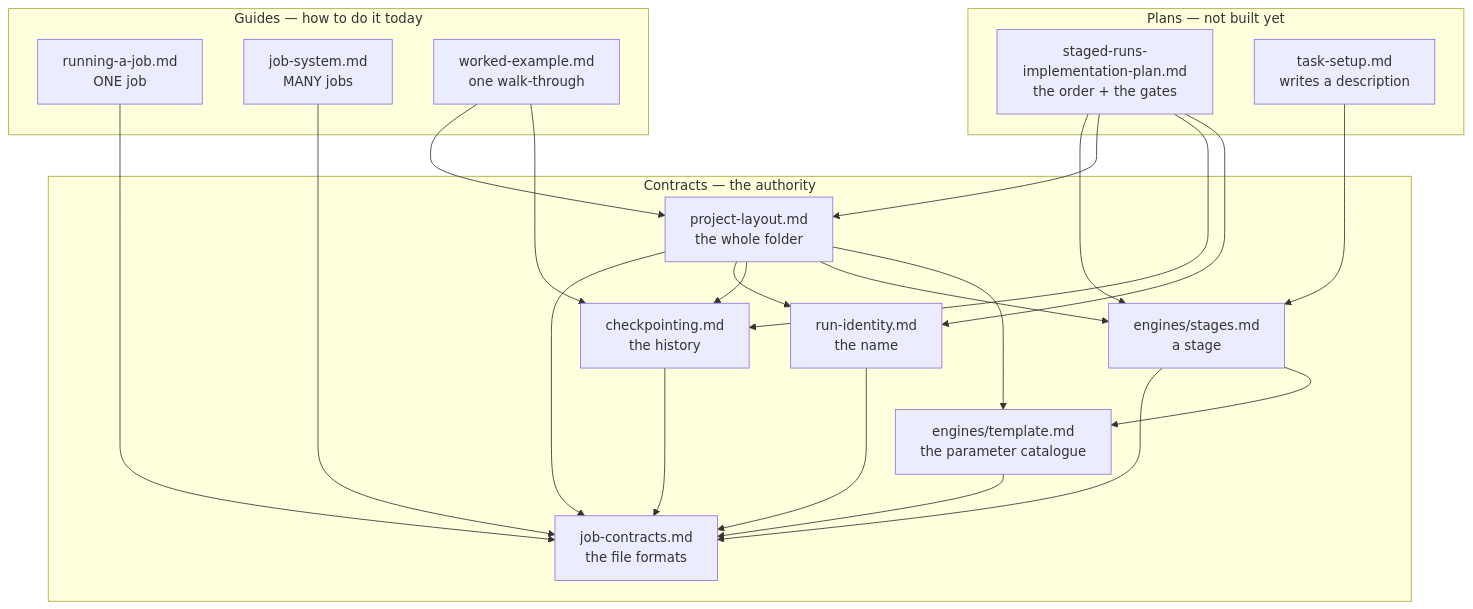
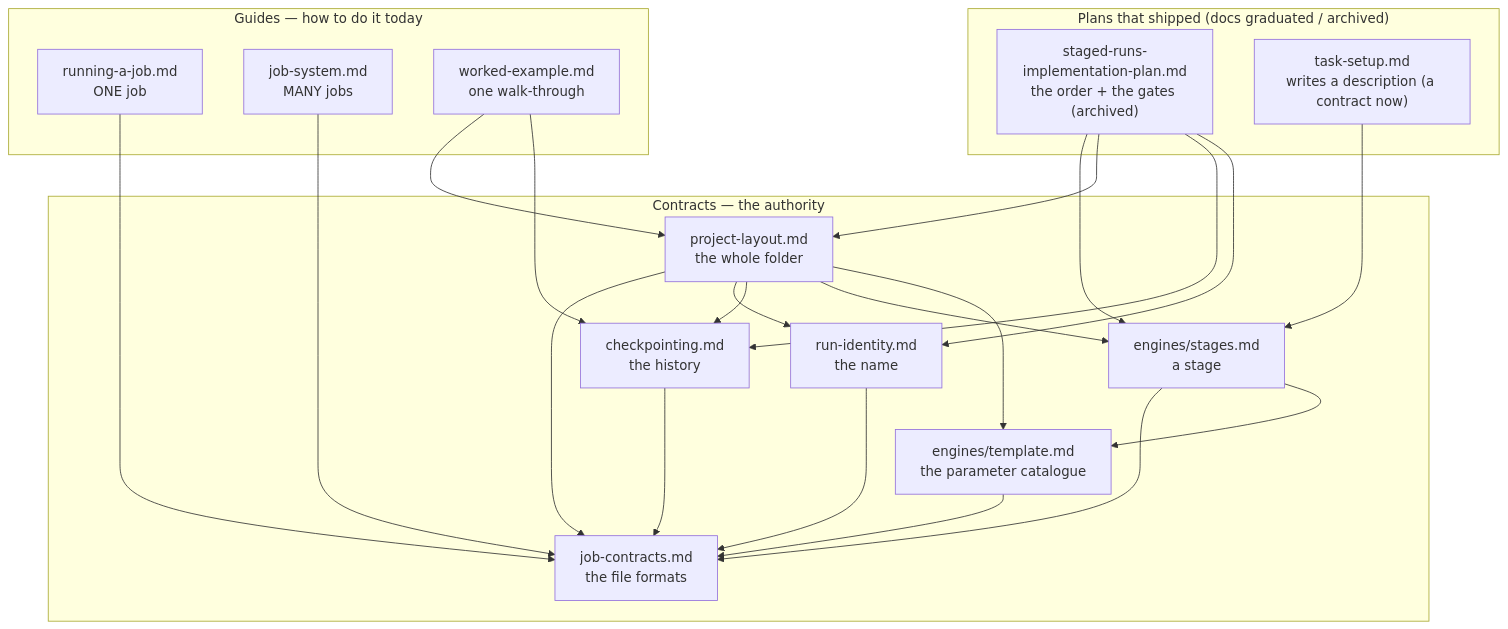
One commit to Qing-LAB/molbuilder changed the first of 2 diagrams in docs/execution/overview.md. Above: the diagram before and after it, drawn with Mermaid. The commit also changed other lines of this file and 26 other files, not shown here.

````diff
--- a/docs/execution/overview.md
+++ b/docs/execution/overview.md
@@ -86,30 +86,30 @@
 ```mermaid
 flowchart TB
-    subgraph plans["Plans — not built yet"]
-      IMP["staged-runs-implementation-plan.md<br/>the order + the gates"]
-      TSP["task-setup.md<br/>writes a description"]
+    subgraph plans["Plans that shipped (docs graduated / archived)"]
+      IMP["staged-runs-implementation-plan.md<br/>the order + the gates (archived)"]
+      TSP["task-setup.md<br/>writes a description (a contract now)"]
     end
     subgraph guides["Guides — how to do it today"]
       RAJ["running-a-job.md<br/>ONE job"]
       JS["job-system.md<br/>MANY jobs"]
       WE["worked-example.md<br/>one walk-through"]
     end
     subgraph contracts["Contracts — the authority"]
       PL["project-layout.md<br/>the whole folder"]
       CP["checkpointing.md<br/>the history"]
       RI["run-identity.md<br/>the name"]
       ST["engines/stages.md<br/>a stage"]
       TPL["engines/template.md<br/>the parameter catalogue"]
       JC["job-contracts.md<br/>the file formats"]
     end
     TSP --> ST
     IMP --> ST & PL & CP & RI
     WE --> PL & CP
     JS --> JC
     RAJ --> JC
     PL --> JC & RI & CP & ST & TPL
     CP --> JC
     RI --> JC
     ST --> JC & TPL
     TPL --> JC
 ```
````
